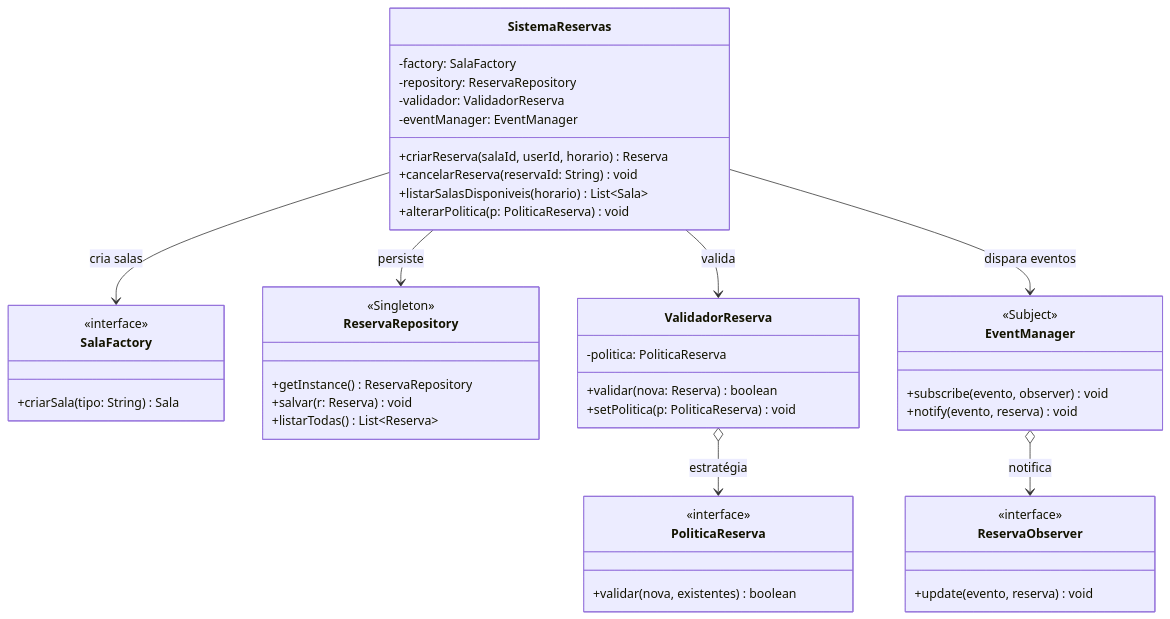
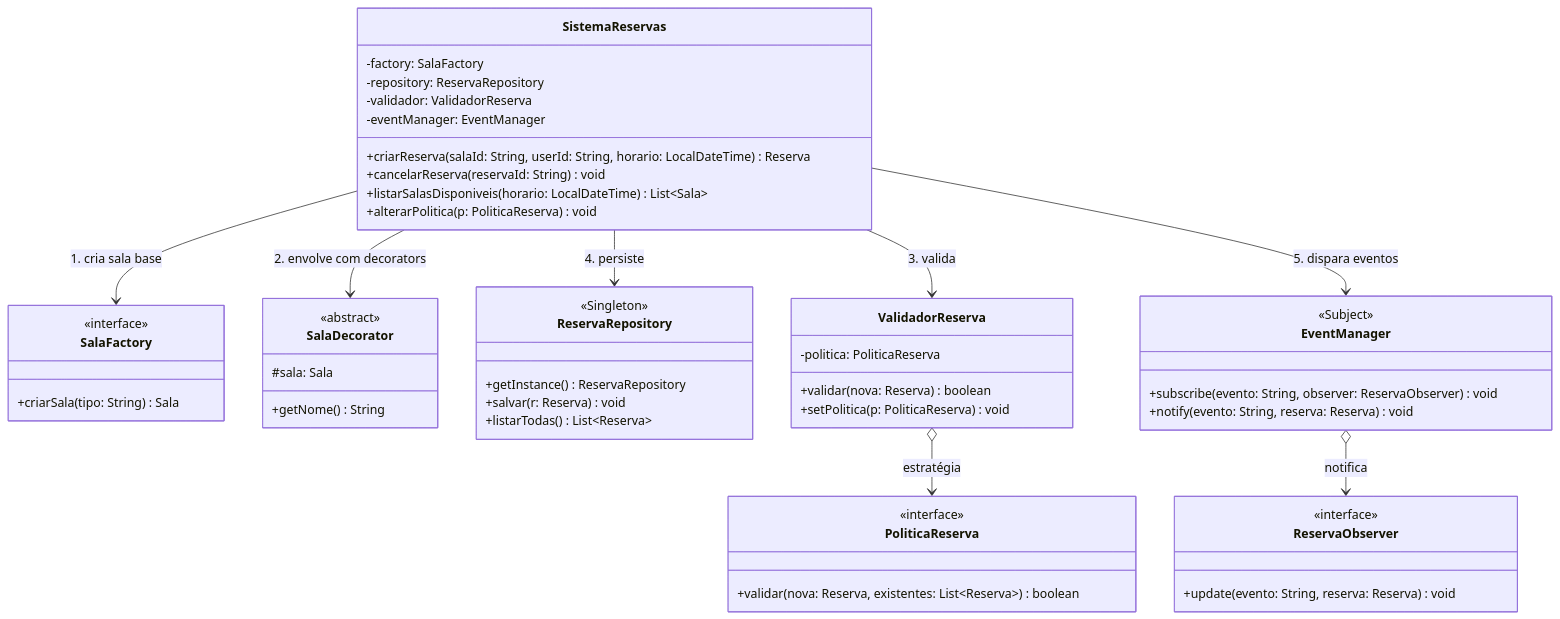
The seventh of 7 diagrams in docs/IDEA.md (nicolascabanas/Study-Classes-Booking-System), drawn with Mermaid before and after one commit. The commit also changed other lines of this file, not shown here.

Commit message:
docs: diagramas unificados e padrao decorator finalizado

````diff
--- a/docs/IDEA.md
+++ b/docs/IDEA.md
@@ -322,57 +379,63 @@
 ```mermaid
 classDiagram
     direction TB
 
     class SistemaReservas {
         -factory: SalaFactory
         -repository: ReservaRepository
         -validador: ValidadorReserva
         -eventManager: EventManager
-        +criarReserva(salaId, userId, horario) Reserva
+        +criarReserva(salaId: String, userId: String, horario: LocalDateTime) Reserva
         +cancelarReserva(reservaId: String) void
-        +listarSalasDisponiveis(horario) List~Sala~
+        +listarSalasDisponiveis(horario: LocalDateTime) List~Sala~
         +alterarPolitica(p: PoliticaReserva) void
     }
 
     class SalaFactory {
         <<interface>>
         +criarSala(tipo: String) Sala
+    }
+
+    class SalaDecorator {
+        <<abstract>>
+        #sala: Sala
+        +getNome() String
     }
 
     class ReservaRepository {
         <<Singleton>>
         +getInstance() ReservaRepository
         +salvar(r: Reserva) void
         +listarTodas() List~Reserva~
     }
 
     class ValidadorReserva {
         -politica: PoliticaReserva
         +validar(nova: Reserva) boolean
         +setPolitica(p: PoliticaReserva) void
     }
 
     class PoliticaReserva {
         <<interface>>
-        +validar(nova, existentes) boolean
+        +validar(nova: Reserva, existentes: List~Reserva~) boolean
     }
 
     class EventManager {
         <<Subject>>
-        +subscribe(evento, observer) void
-        +notify(evento, reserva) void
+        +subscribe(evento: String, observer: ReservaObserver) void
+        +notify(evento: String, reserva: Reserva) void
     }
 
     class ReservaObserver {
         <<interface>>
-        +update(evento, reserva) void
+        +update(evento: String, reserva: Reserva) void
     }
 
-
-    SistemaReservas --> SalaFactory : cria salas
-    SistemaReservas --> ReservaRepository : persiste
-    SistemaReservas --> ValidadorReserva : valida
-    SistemaReservas --> EventManager : dispara eventos
+    SistemaReservas --> SalaFactory : 1. cria sala base
+    SistemaReservas --> SalaDecorator : 2. envolve com decorators
+    SistemaReservas --> ValidadorReserva : 3. valida
+    SistemaReservas --> ReservaRepository : 4. persiste
+    SistemaReservas --> EventManager : 5. dispara eventos
     ValidadorReserva o--> PoliticaReserva : estratégia
     EventManager o--> ReservaObserver : notifica
 ```
````
